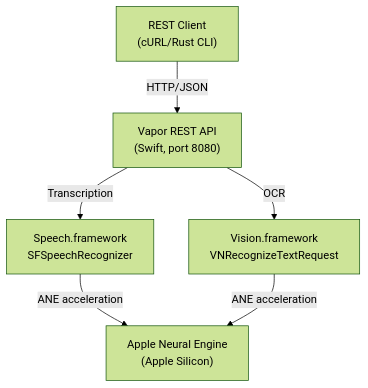
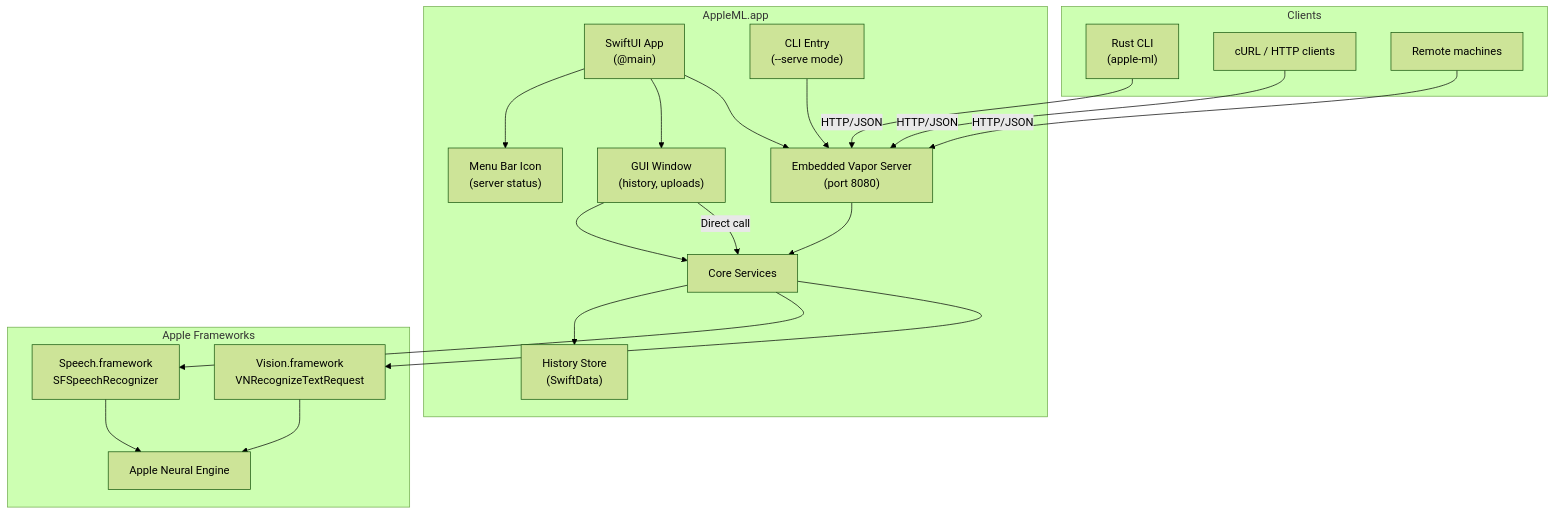
Before and after one commit to Shuozeli/apple-ml-server: the diagram in docs/architecture.md, drawn with Mermaid (forest theme). The commit also changed other lines of this file and 35 other files, not shown here.

First line of the commit message:
Add native macOS app with embedded API server (Ollama-style)

````diff
--- a/docs/architecture.md
+++ b/docs/architecture.md
@@ -11,14 +20,42 @@
 ```mermaid
 graph TD
-    Client["REST Client\n(cURL/Rust CLI)"]
-    VaporServer["Vapor REST API\n(Swift, port 8080)"]
-    Speech["Speech.framework\nSFSpeechRecognizer"]
-    Vision["Vision.framework\nVNRecognizeTextRequest"]
-    ANE["Apple Neural Engine\n(Apple Silicon)"]
+    subgraph "AppleML.app"
+        AppEntry["SwiftUI App\n(@main)"]
+        CLI["CLI Entry\n(--serve mode)"]
+        MenuBar["Menu Bar Icon\n(server status)"]
+        GUI["GUI Window\n(history, uploads)"]
+        Server["Embedded Vapor Server\n(port 8080)"]
+        Core["Core Services"]
+        History["History Store\n(SwiftData)"]
 
-    Client -->|HTTP/JSON| VaporServer
-    VaporServer -->|Transcription| Speech
-    VaporServer -->|OCR| Vision
-    Speech -->|ANE acceleration| ANE
-    Vision -->|ANE acceleration| ANE
+        AppEntry --> MenuBar
+        AppEntry --> GUI
+        AppEntry --> Server
+        CLI --> Server
+        Server --> Core
+        GUI --> Core
+        Core --> History
+    end
+
+    subgraph "Apple Frameworks"
+        Speech["Speech.framework\nSFSpeechRecognizer"]
+        Vision["Vision.framework\nVNRecognizeTextRequest"]
+        ANE["Apple Neural Engine"]
+    end
+
+    subgraph "Clients"
+        RustCLI["Rust CLI\n(apple-ml)"]
+        Curl["cURL / HTTP clients"]
+        Remote["Remote machines"]
+    end
+
+    Core --> Speech
+    Core --> Vision
+    Speech --> ANE
+    Vision --> ANE
+
+    RustCLI -->|HTTP/JSON| Server
+    Curl -->|HTTP/JSON| Server
+    Remote -->|HTTP/JSON| Server
+    GUI -->|Direct call| Core
 ```
````
